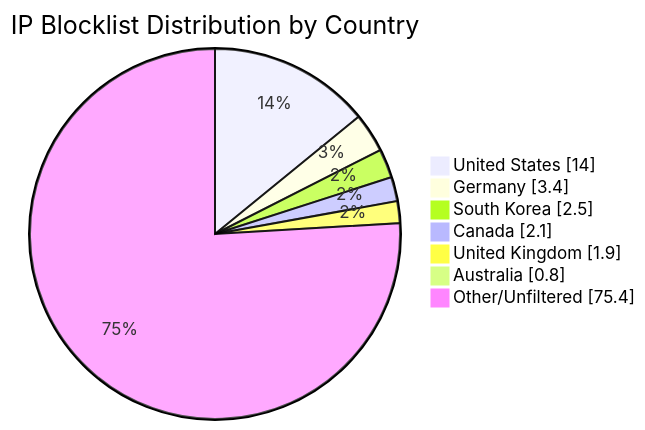
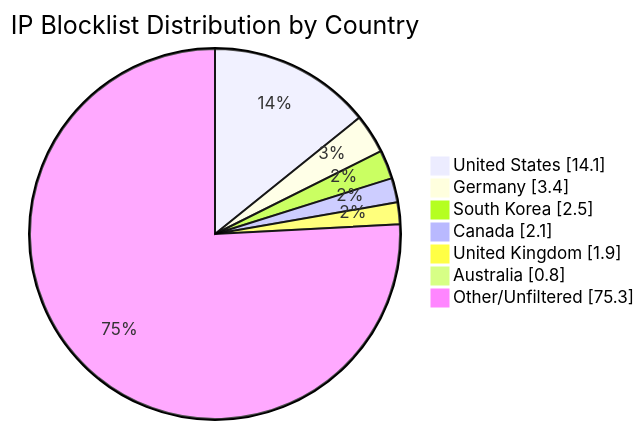
Before and after one commit to MarcusHoltz/ipblocklist-geofiltered-aggregator: the diagram in README.md, drawn with Mermaid. The commit also changed other lines of this file and 9 other files, not shown here.

````diff
--- a/README.md
+++ b/README.md
@@ -34,10 +34,10 @@
 ```mermaid
 pie showData title IP Blocklist Distribution by Country
-"United States" : 14.0
+"United States" : 14.1
 "Germany" : 3.4
 "South Korea" : 2.5
 "Canada" : 2.1
 "United Kingdom" : 1.9
 "Australia" : 0.8
-"Other/Unfiltered" : 75.4
+"Other/Unfiltered" : 75.3
 ```
````
